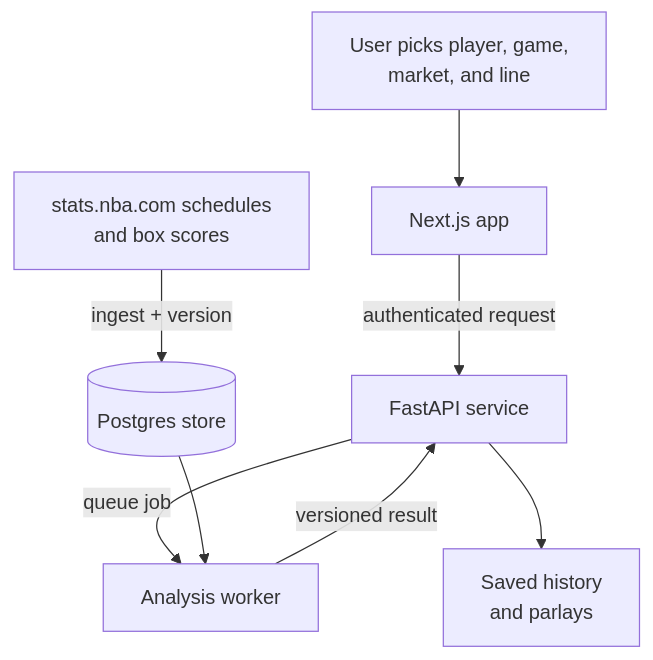
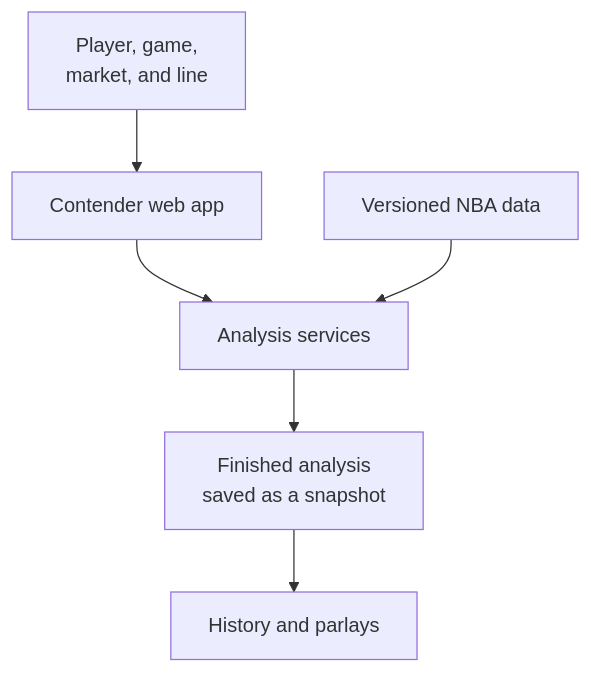
One commit to DavisHiggins/Contender changed the diagram in README.md. Above: the diagram before and after it, drawn with Mermaid. The commit also changed other lines of this file and 7 other files, not shown here.

````diff
--- a/README.md
+++ b/README.md
@@ -48,10 +54,8 @@
 ```mermaid
 flowchart TB
-    U[User picks player, game,<br/>market, and line] --> W[Next.js app]
-    W -->|authenticated request| API[FastAPI service]
-    API -->|queue job| J[Analysis worker]
-    A[stats.nba.com schedules<br/>and box scores] -->|ingest + version| B[(Postgres store)]
-    B --> J
-    J -->|versioned result| API
-    API --> H[Saved history<br/>and parlays]
+    U[Player, game,<br/>market, and line] --> W[Contender web app]
+    W --> S[Analysis services]
+    D[Versioned NBA data] --> S
+    S --> R[Finished analysis<br/>saved as a snapshot]
+    R --> H[History and parlays]
 ```
````
